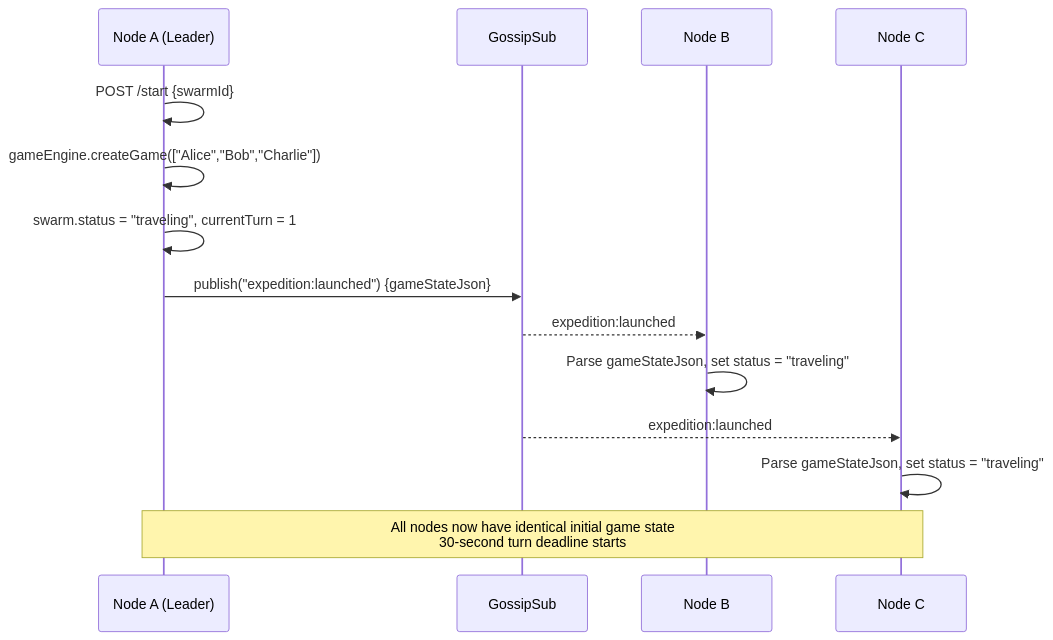
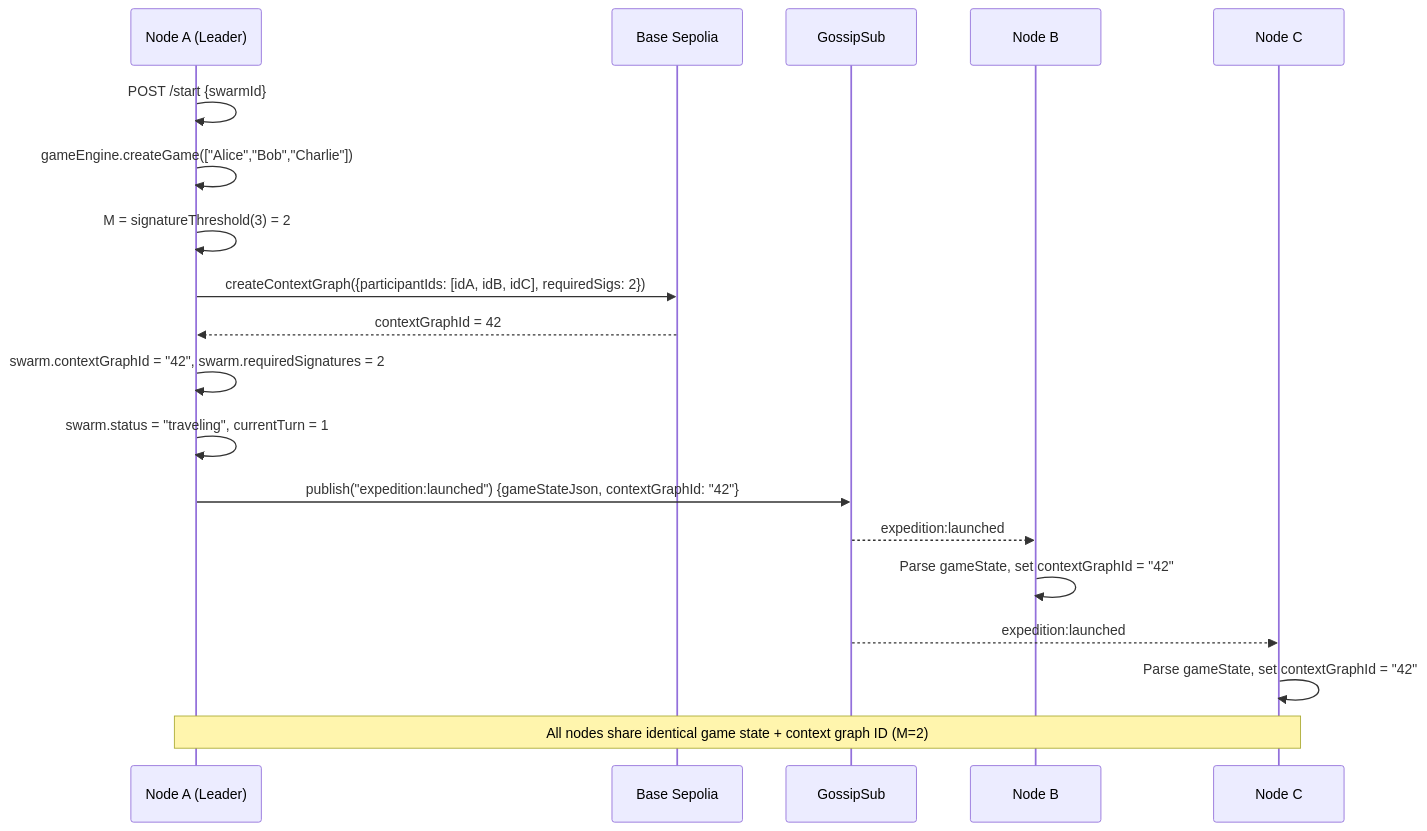
One commit to OriginTrail/dkg changed the fourth of 8 diagrams in docs/origintrail-game.md. Above: the diagram before and after it, drawn with Mermaid. The commit also changed other lines of this file and 16 other files, not shown here.

First line of the commit message:
feat: selectiveDisclosureMerkleRoot in contracts, game context graph integration, devnet improvements

````diff
--- a/docs/origintrail-game.md
+++ b/docs/origintrail-game.md
@@ -64,20 +179,27 @@
 ```mermaid
 sequenceDiagram
     participant A as Node A (Leader)
+    participant Chain as Base Sepolia
     participant GS as GossipSub
     participant B as Node B
     participant C as Node C
 
     A->>A: POST /start {swarmId}
     A->>A: gameEngine.createGame(["Alice","Bob","Charlie"])
+    A->>A: M = signatureThreshold(3) = 2
+
+    A->>Chain: createContextGraph({participantIds: [idA, idB, idC], requiredSigs: 2})
+    Chain-->>A: contextGraphId = 42
+
+    A->>A: swarm.contextGraphId = "42", swarm.requiredSignatures = 2
     A->>A: swarm.status = "traveling", currentTurn = 1
-    A->>GS: publish("expedition:launched") {gameStateJson}
+    A->>GS: publish("expedition:launched") {gameStateJson, contextGraphId: "42"}
 
     GS-->>B: expedition:launched
-    B->>B: Parse gameStateJson, set status = "traveling"
+    B->>B: Parse gameState, set contextGraphId = "42"
 
     GS-->>C: expedition:launched
-    C->>C: Parse gameStateJson, set status = "traveling"
+    C->>C: Parse gameState, set contextGraphId = "42"
 
-    Note over A,C: All nodes now have identical initial game state<br/>30-second turn deadline starts
+    Note over A,C: All nodes share identical game state + context graph ID (M=2)
 ```
````
